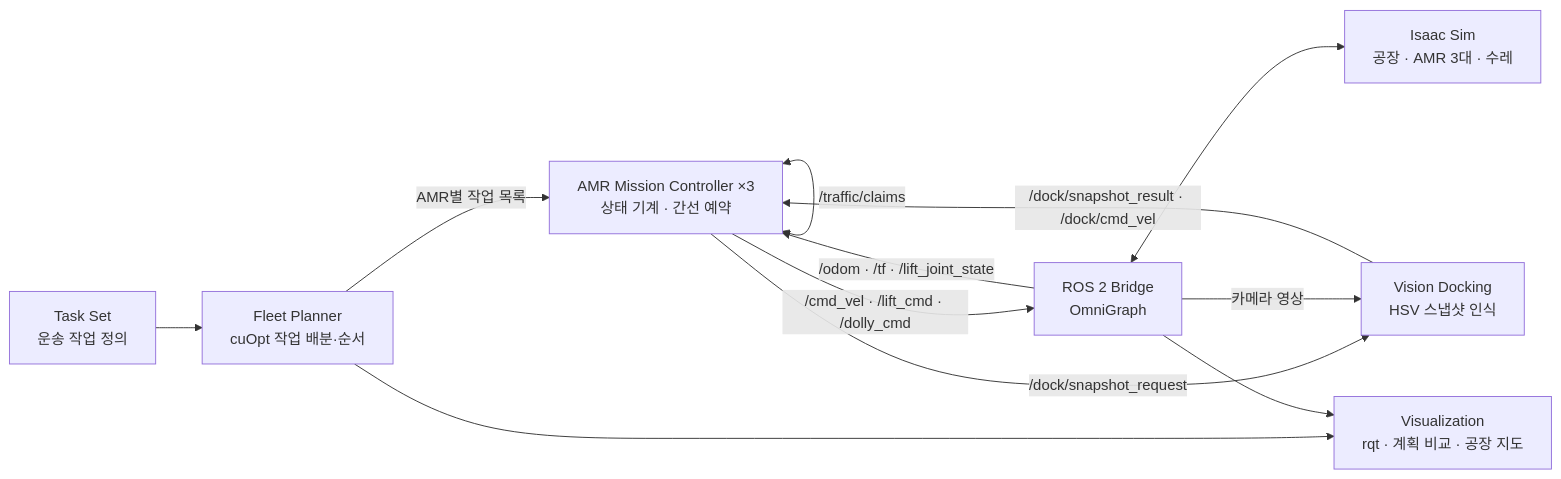
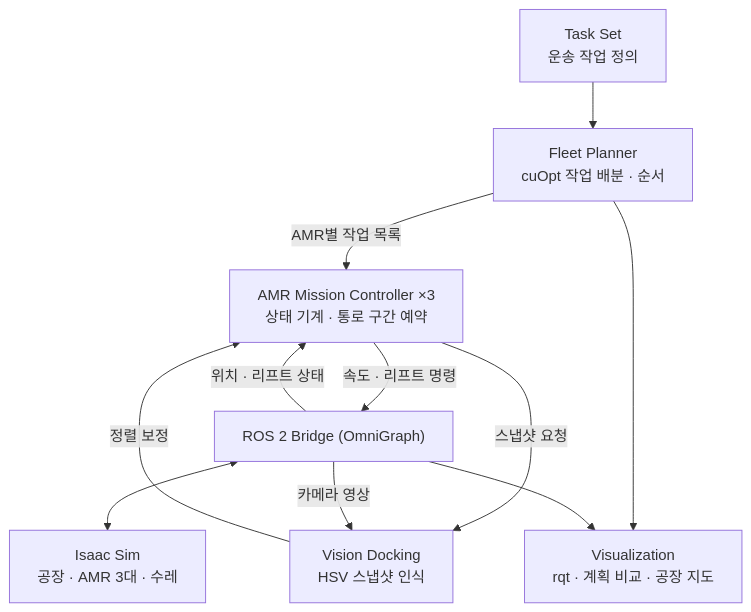
The first of 3 diagrams in README.md (rokeydg1-sudo/cobot3_project2), drawn with Mermaid before and after one commit. The commit also changed other lines of this file, not shown here.

First line of the commit message:
docs: make the architecture diagram readable on GitHub

````diff
--- a/README.md
+++ b/README.md
@@ -54,14 +54,13 @@
 ```mermaid
-flowchart LR
-    T["Task Set<br/>운송 작업 정의"] --> P["Fleet Planner<br/>cuOpt 작업 배분·순서"]
-    P -->|AMR별 작업 목록| M["AMR Mission Controller ×3<br/>상태 기계 · 간선 예약"]
-    M -->|/cmd_vel · /lift_cmd · /dolly_cmd| B["ROS 2 Bridge<br/>OmniGraph"]
+flowchart TB
+    T["Task Set<br/>운송 작업 정의"] --> P["Fleet Planner<br/>cuOpt 작업 배분 · 순서"]
+    P -->|AMR별 작업 목록| M["AMR Mission Controller ×3<br/>상태 기계 · 통로 구간 예약"]
+    M -->|속도 · 리프트 명령| B["ROS 2 Bridge (OmniGraph)"]
+    B -->|위치 · 리프트 상태| M
     B <--> S["Isaac Sim<br/>공장 · AMR 3대 · 수레"]
-    B -->|/odom · /tf · /lift_joint_state| M
-    M <-->|/traffic/claims| M
-    M -->|/dock/snapshot_request| V["Vision Docking<br/>HSV 스냅샷 인식"]
+    M -->|스냅샷 요청| V["Vision Docking<br/>HSV 스냅샷 인식"]
     B -->|카메라 영상| V
-    V -->|/dock/snapshot_result · /dock/cmd_vel| M
+    V -->|정렬 보정| M
     P --> R["Visualization<br/>rqt · 계획 비교 · 공장 지도"]
     B --> R
 ```
````
